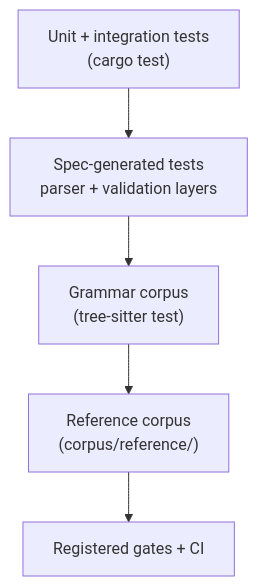
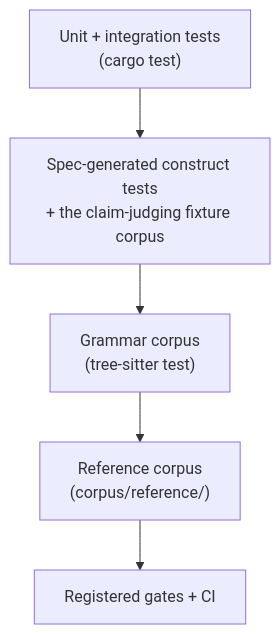
The second of 2 diagrams in book/src/contributing/testing.md (TalkBank/chatter), drawn with Mermaid before and after one commit. The commit also changed other lines of this file and 1069 other files, not shown here.

````diff
--- a/book/src/contributing/testing.md
+++ b/book/src/contributing/testing.md
@@ -120,10 +120,10 @@
 ```mermaid
 flowchart TD
     unit["Unit + integration tests\n(cargo test)"]
-    specgen["Spec-generated tests\nparser + validation layers"]
+    specgen["Spec-generated construct tests\n+ the claim-judging fixture corpus"]
     grammar["Grammar corpus\n(tree-sitter test)"]
     ref["Reference corpus\n(corpus/reference/)"]
     gates["Registered gates + CI"]
 
     unit --> specgen --> grammar --> ref --> gates
 ```
````
